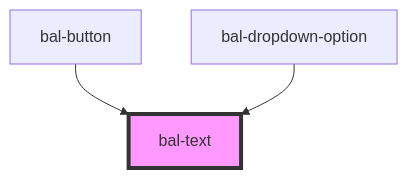
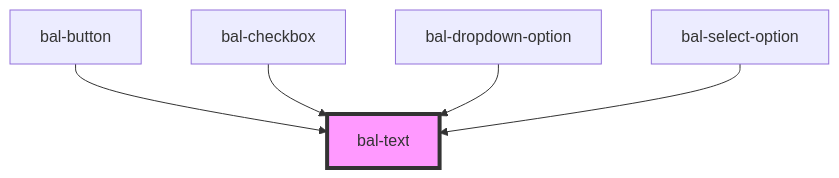
Before and after one commit to baloise/ui-library-next: the diagram in packages/library/src/components/text/readme.md, drawn with Mermaid. The commit also changed other lines of this file and 13 other files, not shown here.

````diff
--- a/packages/library/src/components/text/readme.md
+++ b/packages/library/src/components/text/readme.md
@@ -16,6 +18,8 @@
 ```mermaid
 graph TD;
   bal-button --> bal-text
+  bal-checkbox --> bal-text
   bal-dropdown-option --> bal-text
+  bal-select-option --> bal-text
   style bal-text fill:#f9f,stroke:#333,stroke-width:4px
 ```
````
